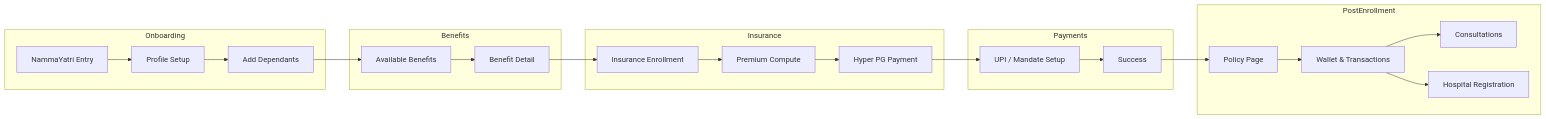
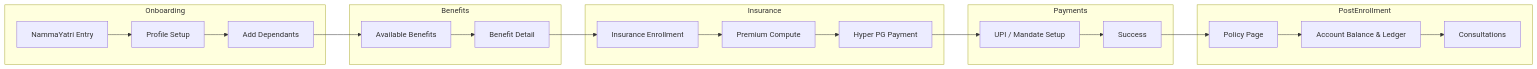
The first of 11 diagrams in api-reference/architecture/screen-flows.mdx (anu19981/aarokya-backend), drawn with Mermaid before and after one commit. The commit also changed other lines of this file and 82 other files, not shown here.

````diff
--- a/api-reference/architecture/screen-flows.mdx
+++ b/api-reference/architecture/screen-flows.mdx
@@ -9,30 +9,29 @@
 ```mermaid
 flowchart LR
     subgraph Onboarding
         A[NammaYatri Entry] --> B[Profile Setup]
         B --> C[Add Dependants]
     end
 
     subgraph Benefits
         C --> D[Available Benefits]
         D --> E[Benefit Detail]
     end
 
     subgraph Insurance
         E --> F[Insurance Enrollment]
         F --> G[Premium Compute]
         G --> H[Hyper PG Payment]
     end
 
     subgraph Payments
         H --> I[UPI / Mandate Setup]
         I --> J[Success]
     end
 
     subgraph PostEnrollment
         J --> K[Policy Page]
-        K --> L[Wallet & Transactions]
+        K --> L[Account Balance & Ledger]
         L --> M[Consultations]
-        L --> N[Hospital Registration]
     end
 ```
````
